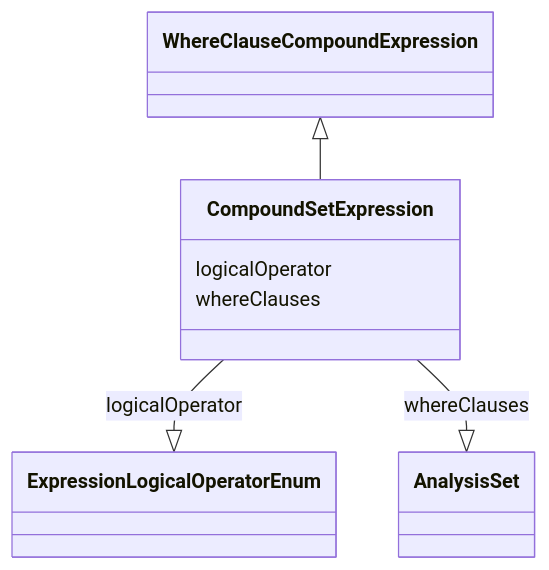
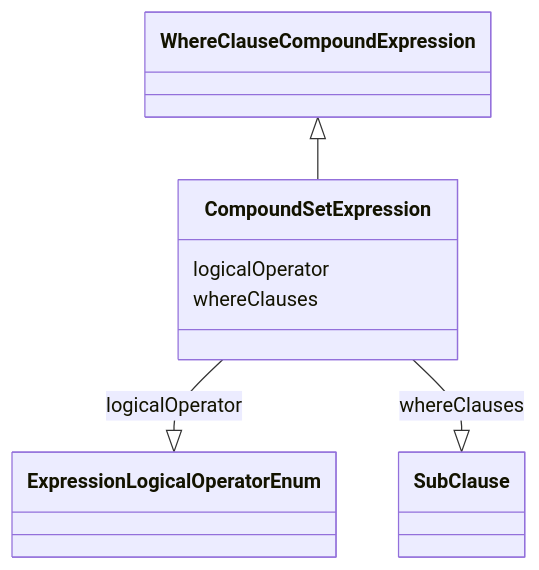
One commit to cdisc-org/analysis-results-standard changed the diagram in project/docs/CompoundSetExpression.md. Above: the diagram before and after it, drawn with Mermaid. The commit also changed other lines of this file and 174 other files, not shown here.

````diff
--- a/project/docs/CompoundSetExpression.md
+++ b/project/docs/CompoundSetExpression.md
@@ -13,11 +13,10 @@
 ```mermaid
  classDiagram
     class CompoundSetExpression
-      WhereClauseCompoundExpression <|-- CompoundSetExpression
-
+      WhereClauseCompoundExpression <|-- CompoundSetExpression        
       CompoundSetExpression : logicalOperator
         CompoundSetExpression --|> ExpressionLogicalOperatorEnum : logicalOperator
         CompoundSetExpression : whereClauses
-        CompoundSetExpression --|> AnalysisSet : whereClauses
+        CompoundSetExpression --|> SubClause : whereClauses
         
 ```
````
